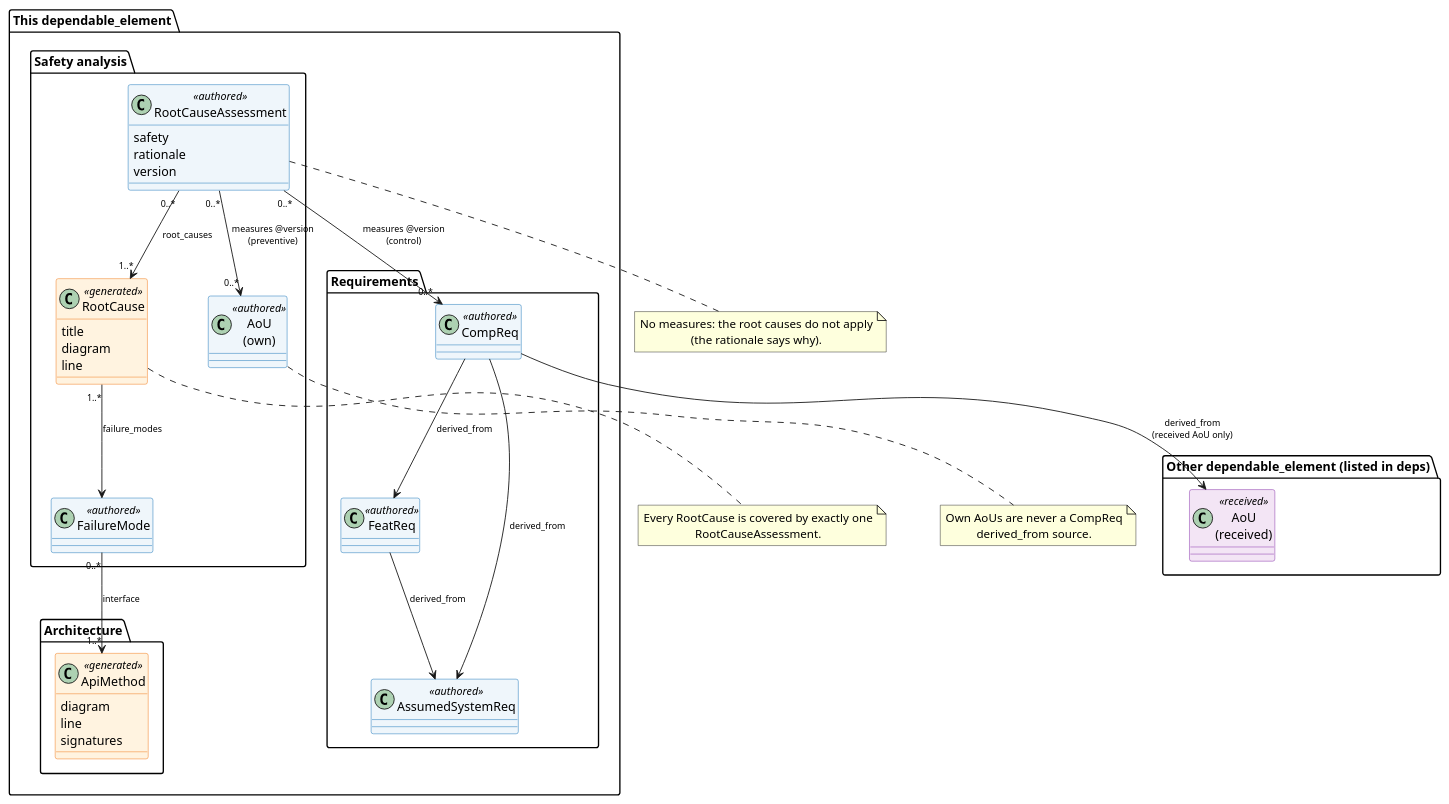
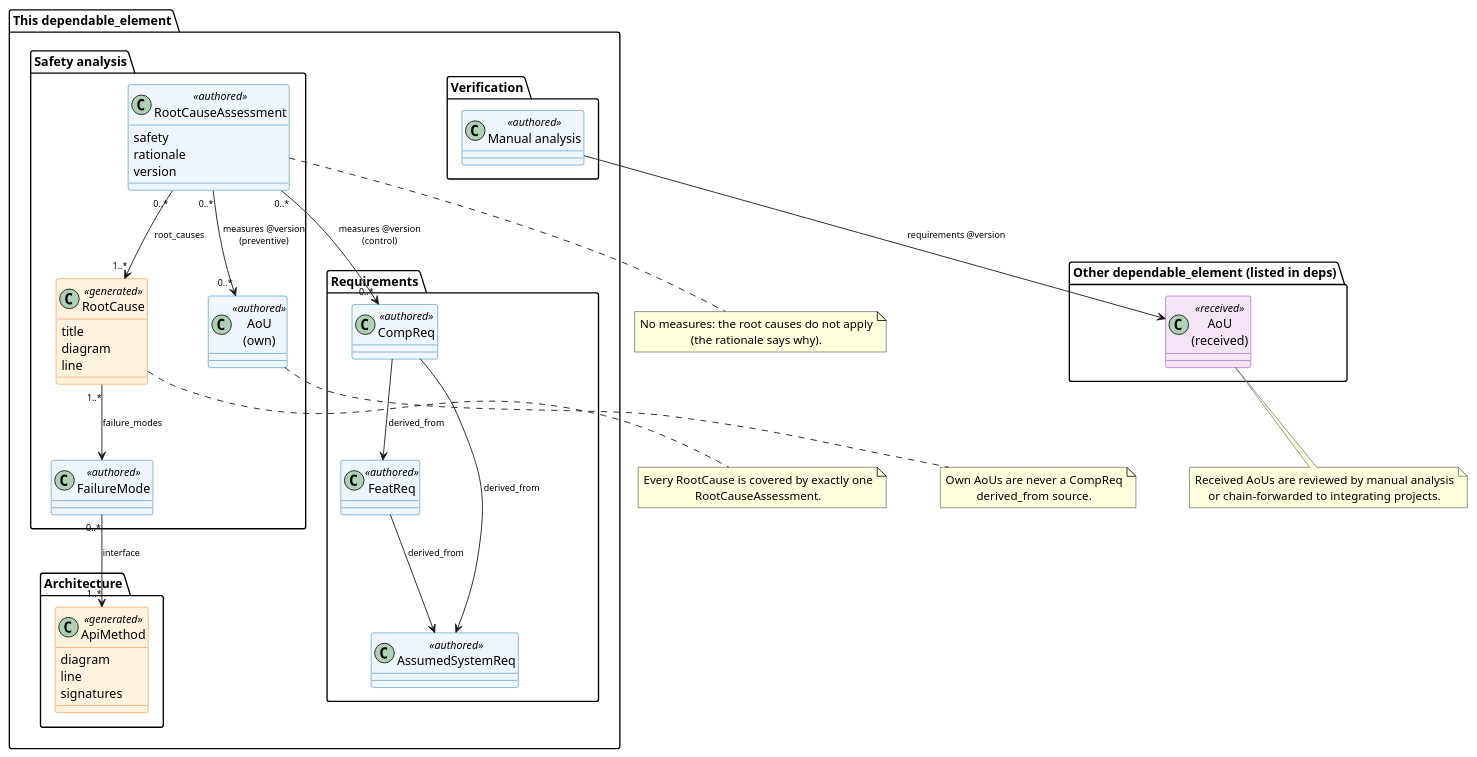
The diagram in bazel/rules/rules_score/docs/_assets/safety_analysis_linkage.puml (eclipse-score/tooling), drawn with PlantUML before and after one commit. The commit also changed 36 other files, not shown here.

Commit message:
[bazel rule] integrate manual analysis into dependable_element

```diff
--- a/bazel/rules/rules_score/docs/_assets/safety_analysis_linkage.puml
+++ b/bazel/rules/rules_score/docs/_assets/safety_analysis_linkage.puml
@@ -14,87 +14,96 @@
 @startuml safety_analysis_linkage
 
-' Record linkage of a dependable element's safety analysis.  Arrows point from
-' the referencing record to the referenced one; the label is the TRLC field.
+' Safety-analysis record linkage and received-AoU verification. Arrows point
+' from the referencing artifact to its referenced record.
 
 skinparam ArrowFontSize 10
 skinparam defaultTextAlignment center
 skinparam nodesep 60
 skinparam ranksep 70
 
 skinparam class {
     BackgroundColor<<authored>> #EFF6FB
     BorderColor<<authored>>     #0066B1
     BackgroundColor<<generated>> #FFF3E0
     BorderColor<<generated>>     #EF6C00
     BackgroundColor<<received>>  #F3E5F5
     BorderColor<<received>>      #7B1FA2
 }
 
 package "Other dependable_element (listed in deps)" {
     class "AoU\n(received)" as RecvAoU <<received>>
 }
 
 package "This dependable_element" {
     package "Safety analysis" {
         class FailureMode <<authored>>
         class RootCause <<generated>> {
             title
             diagram
             line
         }
         class RootCauseAssessment <<authored>> {
             safety
             rationale
             version
         }
         class "AoU\n(own)" as OwnAoU <<authored>>
     }
 
     package "Architecture" {
         class ApiMethod <<generated>> {
             diagram
             line
             signatures
         }
     }
 
     package "Requirements" {
         class CompReq <<authored>>
         class FeatReq <<authored>>
         class AssumedSystemReq <<authored>>
     }
+
+    package "Verification" {
+        class "Manual analysis" as ManualAnalysis <<authored>>
+    }
 }
 
 ' ── Generated from the public API class diagrams (public_api.trlc) ──────────
 FailureMode "0..*" --> "1..*" ApiMethod : interface
 
 ' ── Generated from the $RootCause macros of the FTA diagrams ────────────────
 RootCause "1..*" --> FailureMode : failure_modes
 
 ' ── Assessment: every RootCause is covered by exactly one assessment ────────
 RootCauseAssessment "0..*" --> "1..*" RootCause : root_causes
 RootCauseAssessment "0..*" --> "0..*" OwnAoU : measures @version\n(preventive)
 RootCauseAssessment "0..*" --> "0..*" CompReq : measures @version\n(control)
 
 ' ── Requirement chain ───────────────────────────────────────────────────────
 CompReq --> FeatReq : derived_from
 CompReq --> AssumedSystemReq : derived_from
-CompReq --> RecvAoU : derived_from\n(received AoU only)
+ManualAnalysis --> RecvAoU : requirements @version
 FeatReq --> AssumedSystemReq : derived_from
+
+note bottom of RecvAoU
+    Received AoUs are reviewed by manual analysis
+    or chain-forwarded to integrating projects.
+end note
 
 note bottom of RootCause
   Every RootCause is covered by exactly one
   RootCauseAssessment.
 end note
 
 note bottom of RootCauseAssessment
   No measures: the root causes do not apply
   (the rationale says why).
 end note
 
 note bottom of OwnAoU
   Own AoUs are never a CompReq
   derived_from source.
 end note
 
 @enduml
```
